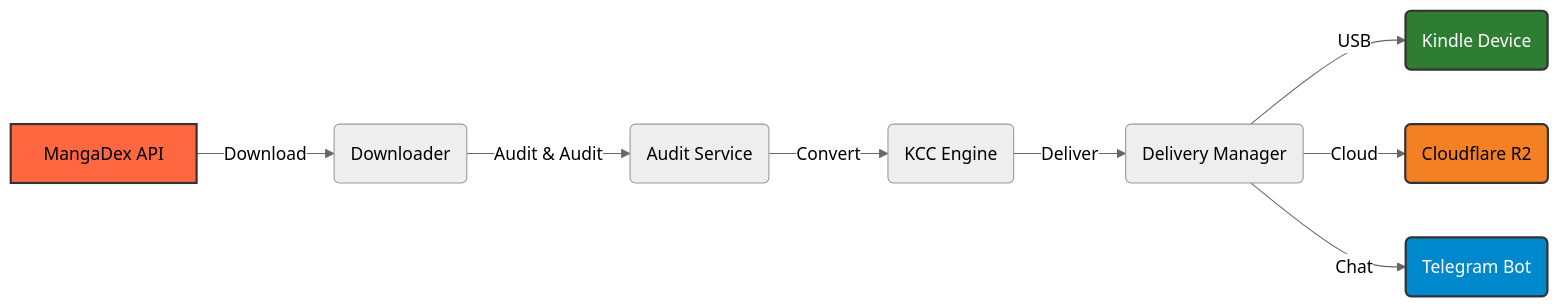
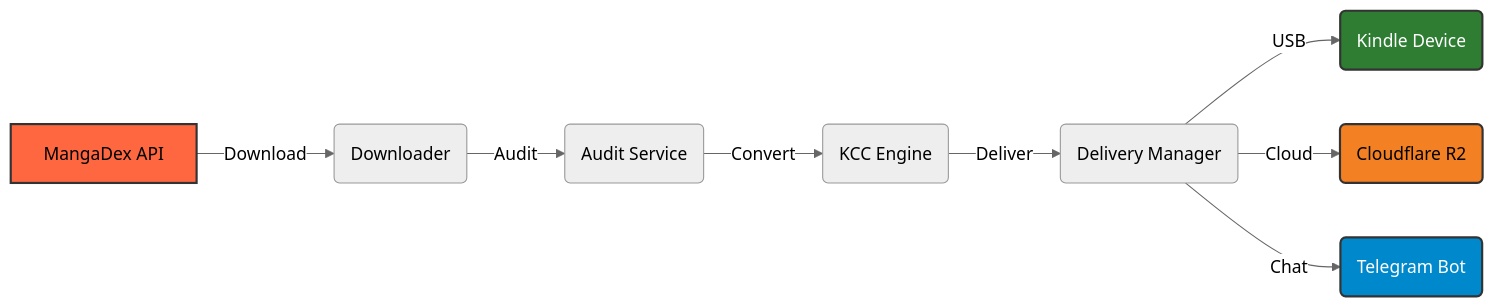
One commit to LogicalReality/md2kindle changed the diagram in README.md. Above: the diagram before and after it, drawn with Mermaid (neutral theme). The commit also changed other lines of this file and 2 other files, not shown here.

````diff
--- a/README.md
+++ b/README.md
@@ -33,15 +36,15 @@
 ```mermaid
 graph LR
     MD[MangaDex API] -->|Download| DL(Downloader)
-    DL -->|Audit & Audit| AD(Audit Service)
+    DL -->|Audit| AD(Audit Service)
     AD -->|Convert| CV(KCC Engine)
     CV -->|Deliver| DV(Delivery Manager)
     DV -->|USB| K(Kindle Device)
     DV -->|Cloud| R2(Cloudflare R2)
     DV -->|Chat| TG(Telegram Bot)
     
     style MD fill:#ff6740,stroke:#333,stroke-width:2px
     style K fill:#2e7d32,stroke:#333,stroke-width:2px,color:#fff
     style R2 fill:#f48024,stroke:#333,stroke-width:2px
     style TG fill:#0088cc,stroke:#333,stroke-width:2px,color:#fff
 ```
````
